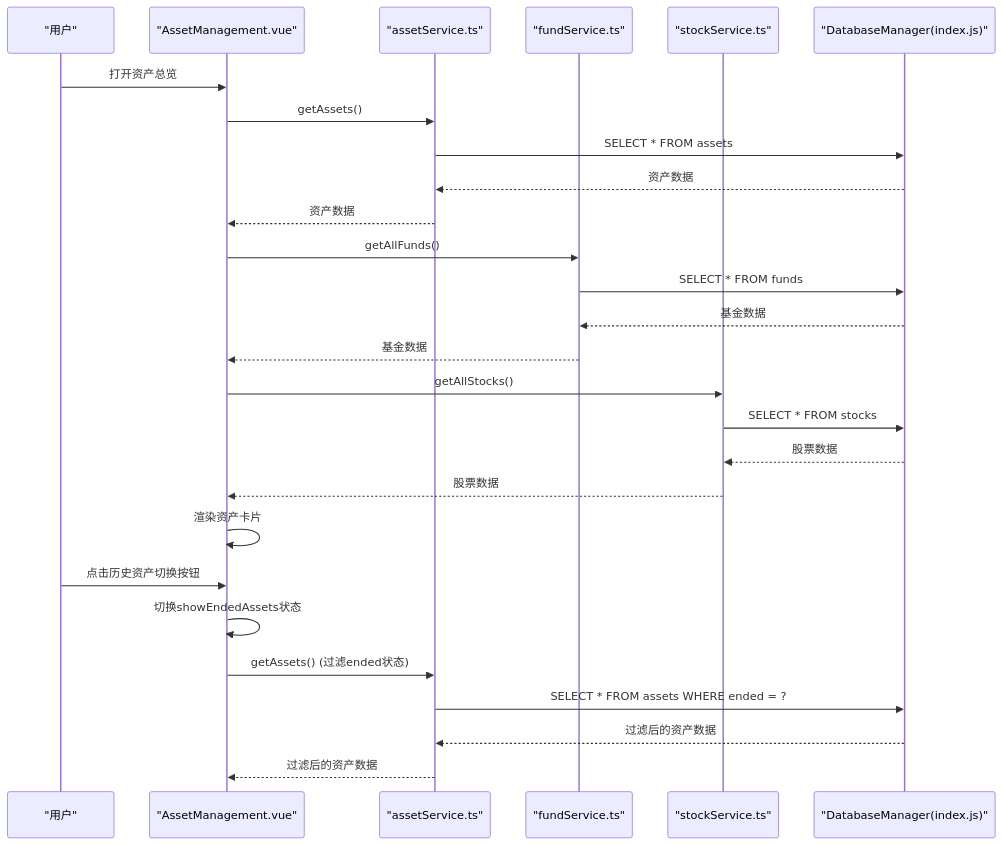
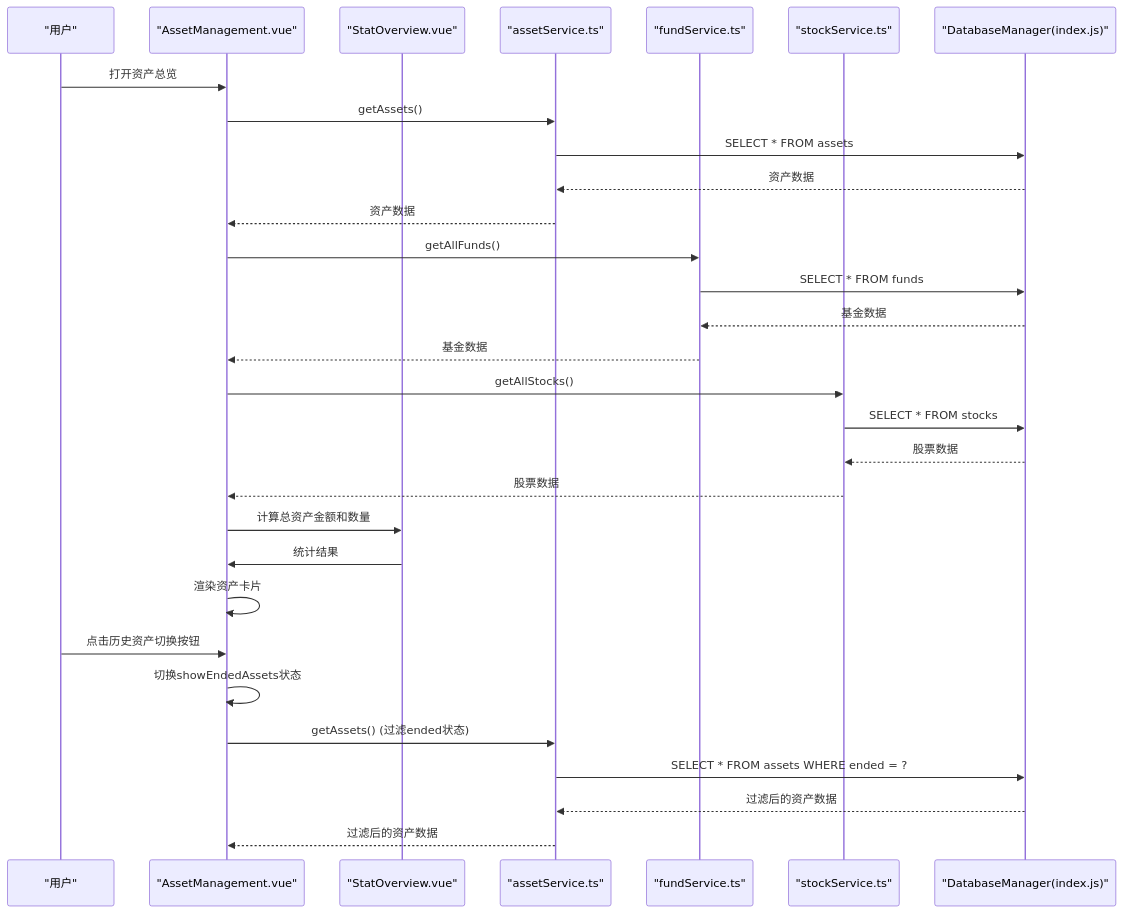
The second of 10 diagrams in .qoder/repowiki/zh/content/资产管理/资产管理.md (xiao-lin-unit/yuan), drawn with Mermaid before and after one commit. The commit also changed other lines of this file and 14 other files, not shown here.

````diff
--- a/.qoder/repowiki/zh/content/资产管理/资产管理.md
+++ b/.qoder/repowiki/zh/content/资产管理/资产管理.md
@@ -148,29 +161,32 @@
 ```mermaid
 sequenceDiagram
 participant U as "用户"
 participant AM as "AssetManagement.vue"
+participant SO as "StatOverview.vue"
 participant AS as "assetService.ts"
 participant FS as "fundService.ts"
 participant SS as "stockService.ts"
 participant DB as "DatabaseManager(index.js)"
 U->>AM : 打开资产总览
 AM->>AS : getAssets()
 AS->>DB : SELECT * FROM assets
 DB-->>AS : 资产数据
 AS-->>AM : 资产数据
 AM->>FS : getAllFunds()
 FS->>DB : SELECT * FROM funds
 DB-->>FS : 基金数据
 FS-->>AM : 基金数据
 AM->>SS : getAllStocks()
 SS->>DB : SELECT * FROM stocks
 DB-->>SS : 股票数据
 SS-->>AM : 股票数据
+AM->>SO : 计算总资产金额和数量
+SO->>AM : 统计结果
 AM->>AM : 渲染资产卡片
 U->>AM : 点击历史资产切换按钮
 AM->>AM : 切换showEndedAssets状态
 AM->>AS : getAssets() (过滤ended状态)
 AS->>DB : SELECT * FROM assets WHERE ended = ?
 DB-->>AS : 过滤后的资产数据
 AS-->>AM : 过滤后的资产数据
 ```
````
